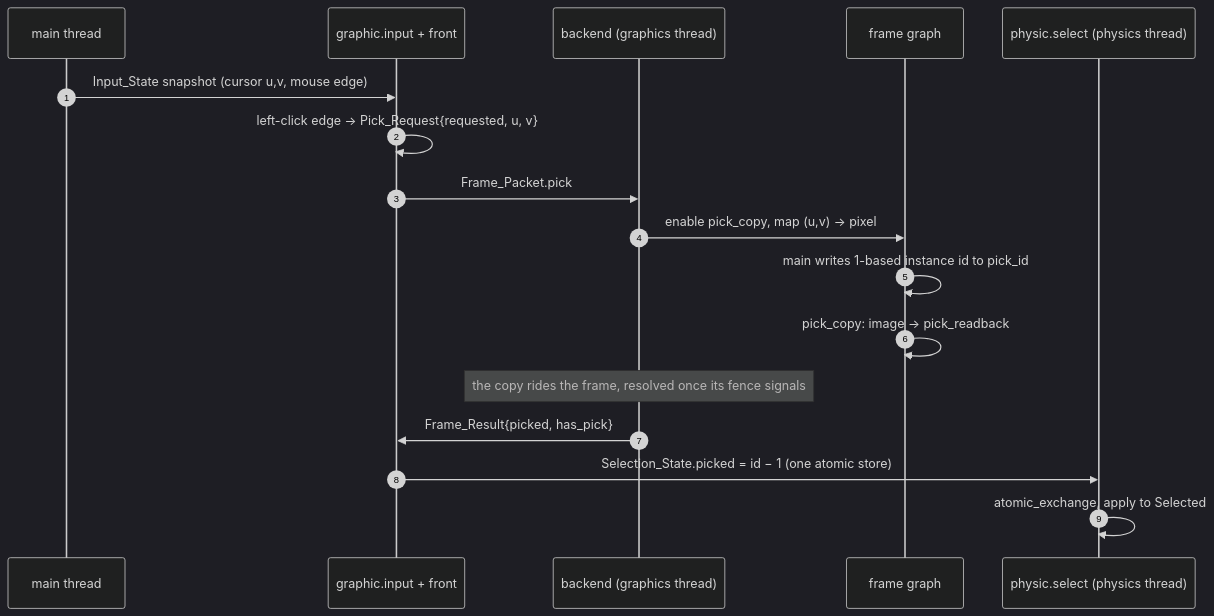
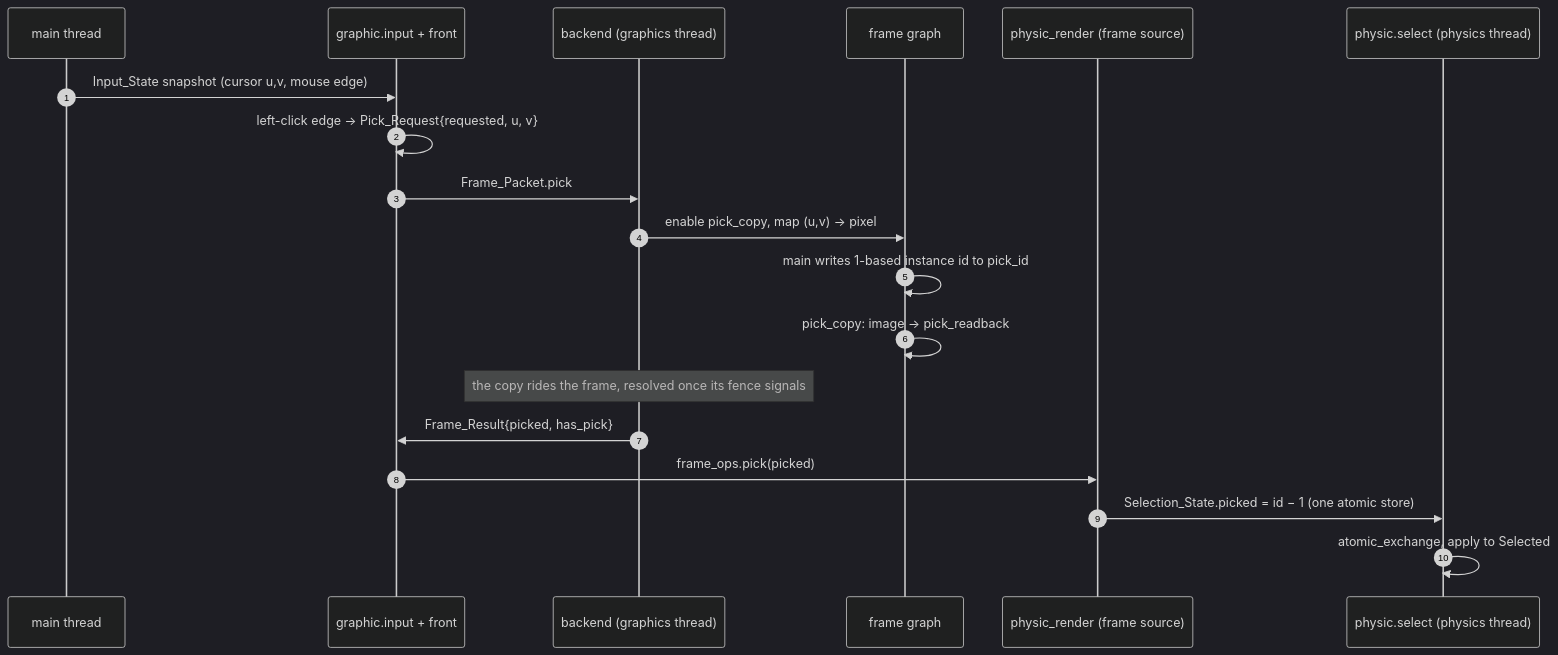
Before and after one commit to TanukiConDos/Gravity-Simulator: the fifth of 5 diagrams in docs/renderer.md, drawn with Mermaid (dark theme). The commit also changed other lines of this file and 5 other files, not shown here.

First line of the commit message:
docs: physics integrates with graphics (main -> physic -> front -> backend)

````diff
--- a/docs/renderer.md
+++ b/docs/renderer.md
@@ -345,20 +382,22 @@
 ```mermaid
 sequenceDiagram
     autonumber
     participant M as main thread
     participant I as graphic.input + front
     participant B as backend (graphics thread)
     participant FG as frame graph
+    participant PR as physic_render (frame source)
     participant P as physic.select (physics thread)
 
     M->>I: Input_State snapshot (cursor u,v, mouse edge)
     I->>I: left-click edge → Pick_Request{requested, u, v}
     I->>B: Frame_Packet.pick
     B->>FG: enable pick_copy, map (u,v) → pixel
     FG->>FG: main writes 1-based instance id to pick_id
     FG->>FG: pick_copy: image → pick_readback
     Note over B: the copy rides the frame, resolved once its fence signals
     B->>I: Frame_Result{picked, has_pick}
-    I->>P: Selection_State.picked = id − 1 (one atomic store)
+    I->>PR: frame_ops.pick(picked)
+    PR->>P: Selection_State.picked = id − 1 (one atomic store)
     P->>P: atomic_exchange, apply to Selected
 ```
````
